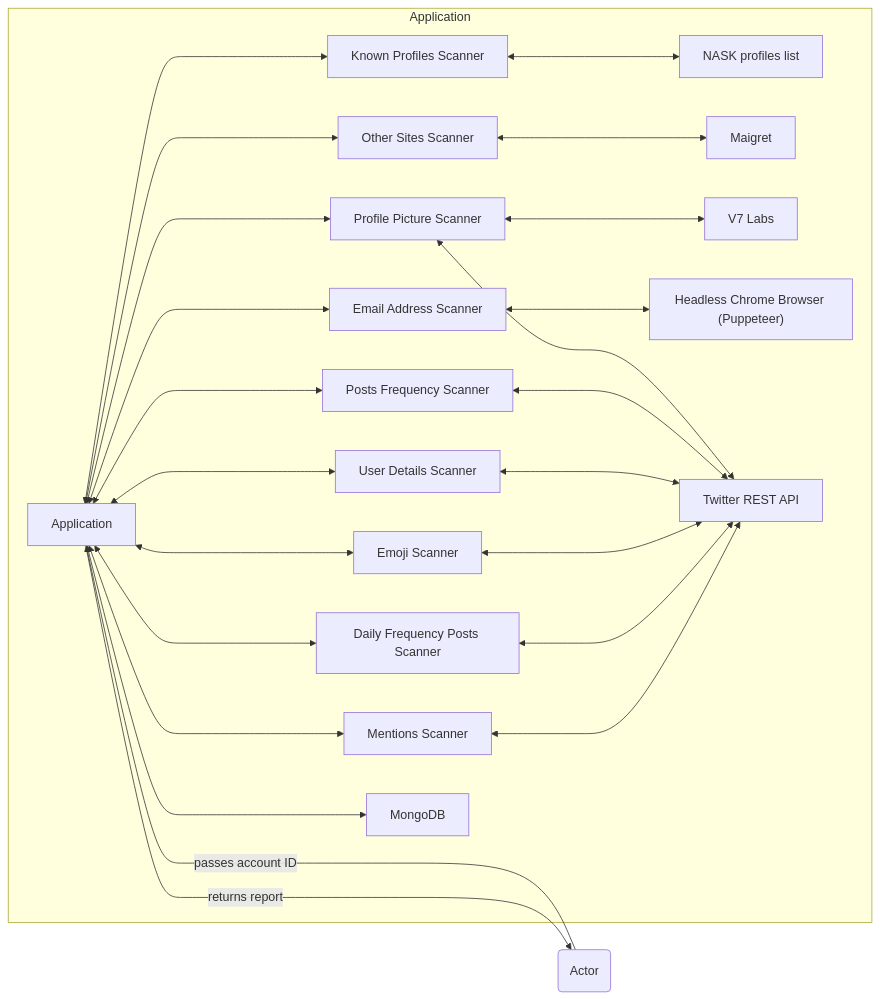
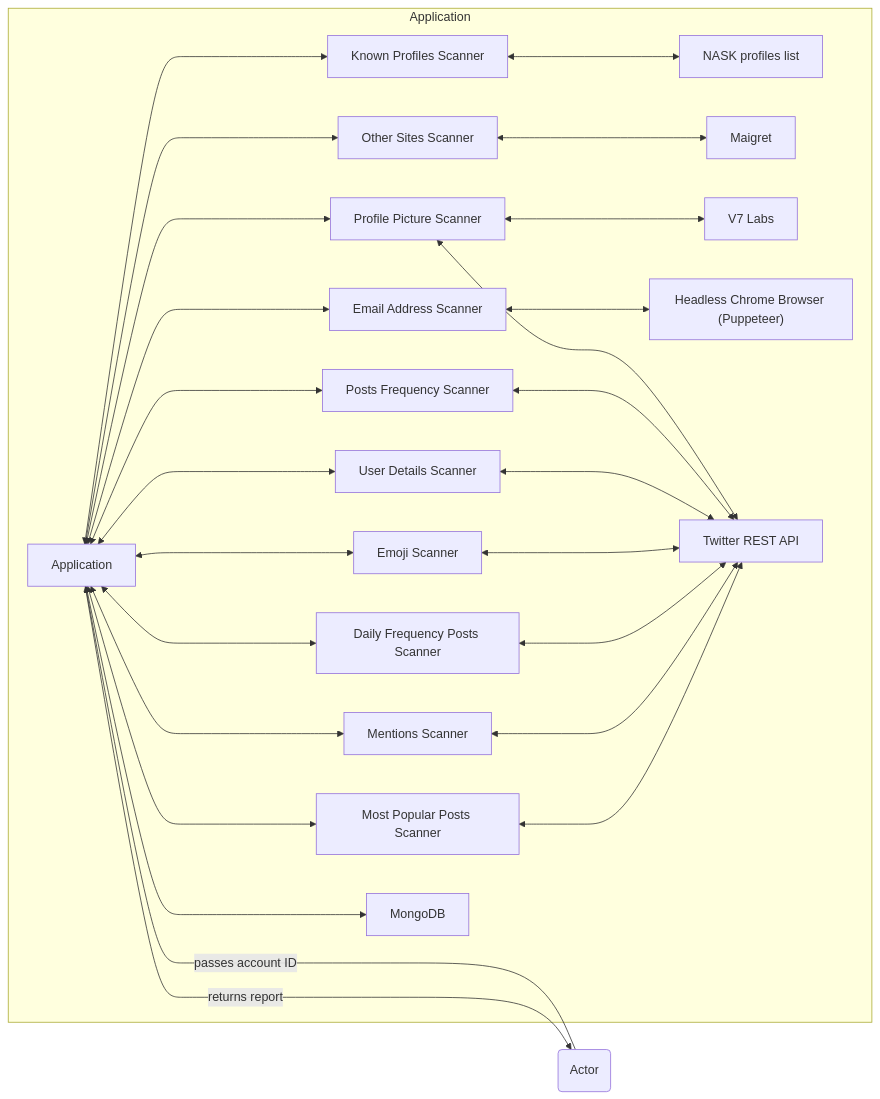
One commit to elszczepano/master-thesis-automation changed the first of 2 diagrams in README.md. Above: the diagram before and after it, drawn with Mermaid. The commit also changed 1 other file, not shown here.

Commit message:
Add extra link and add missing scanner to diagram

````diff
--- a/README.md
+++ b/README.md
@@ -29,27 +29,29 @@
 ```mermaid
 flowchart RL
     A(Actor) -- passes account ID ----> B[Application]
     B -- returns report --> A
     subgraph Application
         C[Profile Picture Scanner] <---> B
         E[Posts Frequency Scanner] <---> B
         F[User Details Scanner] <---> B
         G[Emoji Scanner] <---> B
         K[Daily Frequency Posts Scanner]  <---> B
         L[Mentions Scanner]  <---> B
         D[Email Address Scanner] <---> B
         N[Known Profiles Scanner] <---> B
         O[NASK profiles list] <---> N
         R[Other Sites Scanner] <---> B
         S[Maigret] <---> R
+        T[Most Popular Posts Scanner] <---> B
         M[MongoDB] <---> B
         H[V7 Labs] <---> C
         I["Headless Chrome Browser (Puppeteer)"] <---> D
         J[Twitter REST API] <---> C
         J <---> E
         J <---> F
         J <---> G
         J <---> K
         J <---> L
+        J <---> T
     end
 ```
````
